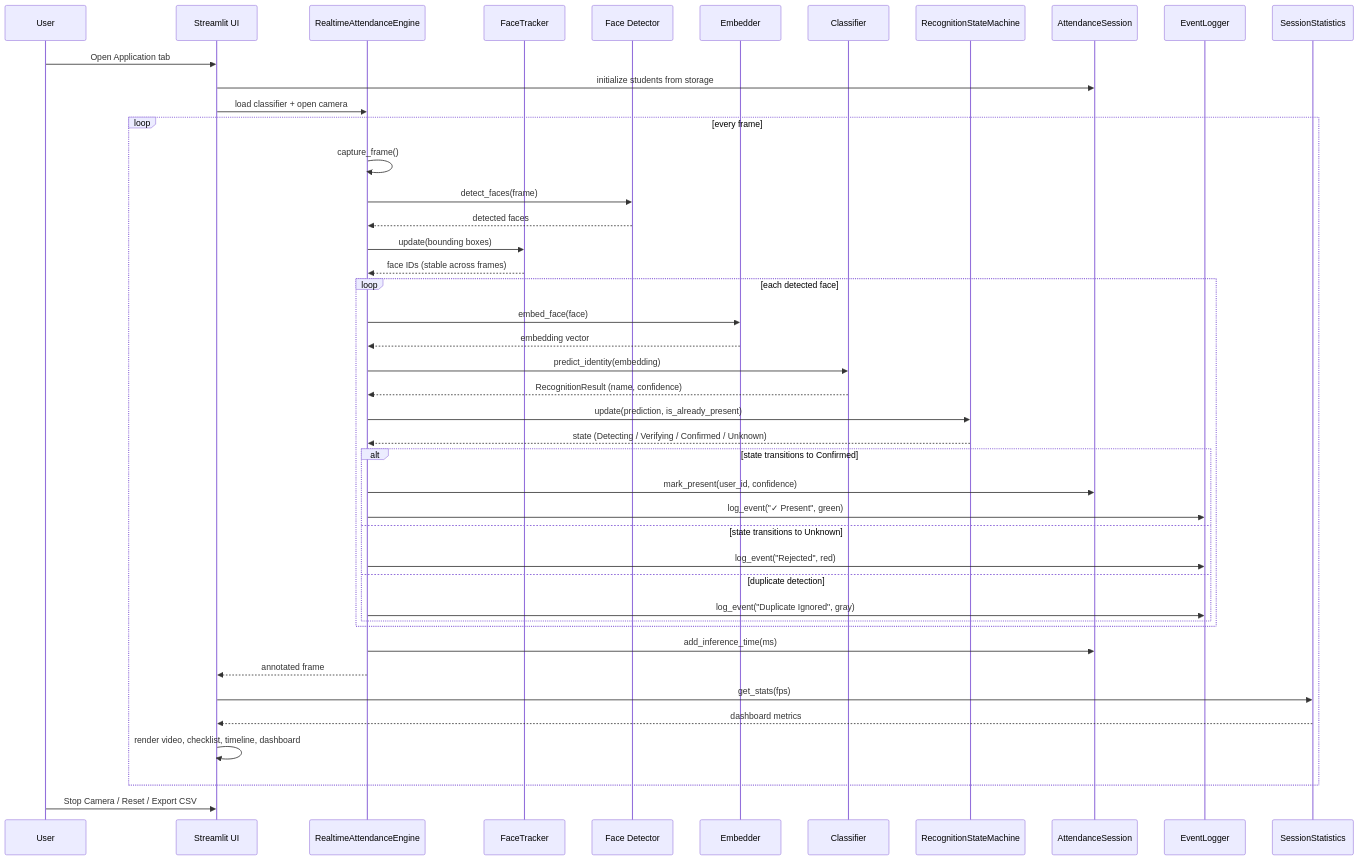
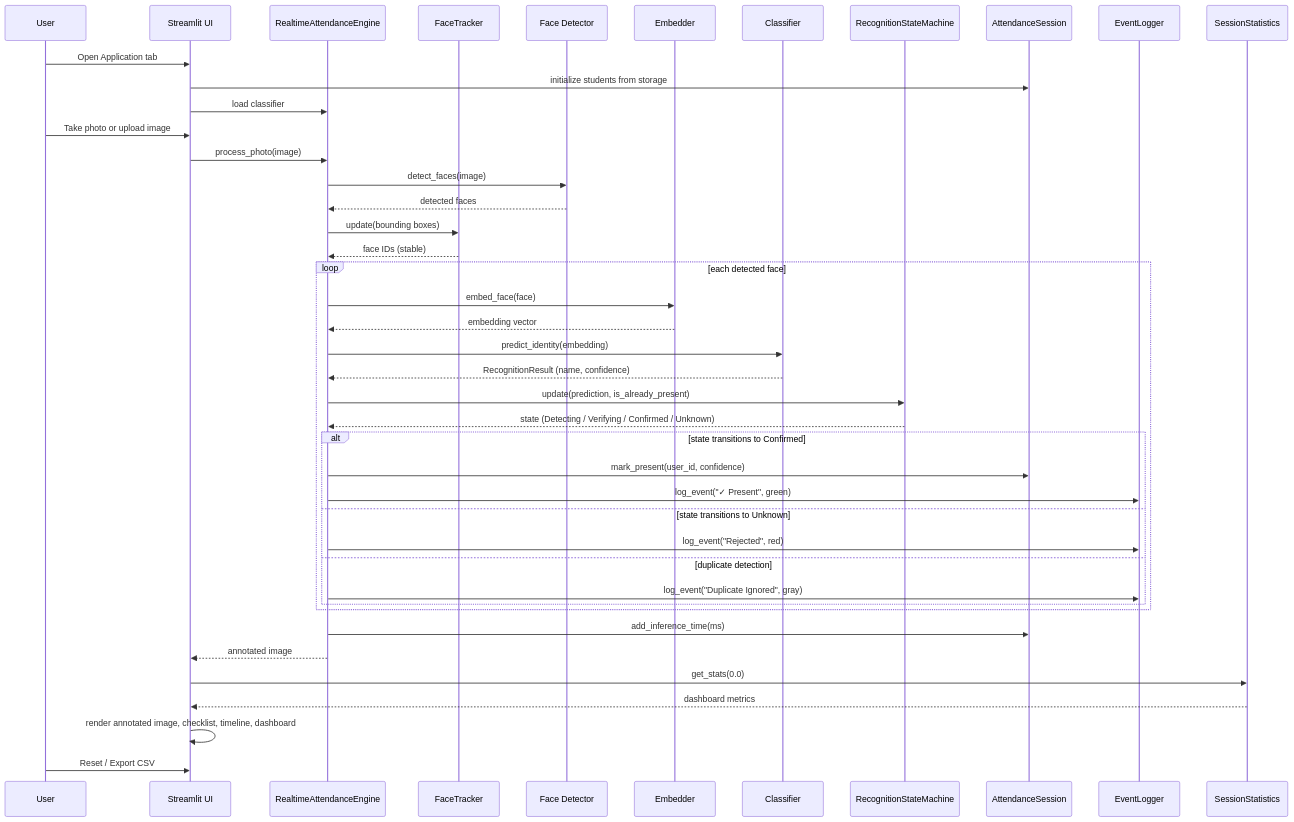
The second of 2 diagrams in README.md (Gokigenzo/demo-recognize-face), drawn with Mermaid before and after one commit. The commit also changed other lines of this file and 2 other files, not shown here.

Commit message:
rechange

````diff
--- a/README.md
+++ b/README.md
@@ -93,47 +93,46 @@
 ```mermaid
 sequenceDiagram
     participant User
     participant UI as Streamlit UI
     participant Engine as RealtimeAttendanceEngine
     participant Tracker as FaceTracker
     participant Detector as Face Detector
     participant Embedder as Embedder
     participant Classifier as Classifier
     participant SM as RecognitionStateMachine
     participant Session as AttendanceSession
     participant Logger as EventLogger
     participant Stats as SessionStatistics
 
     User->>UI: Open Application tab
     UI->>Session: initialize students from storage
-    UI->>Engine: load classifier + open camera
-    loop every frame
-        Engine->>Engine: capture_frame()
-        Engine->>Detector: detect_faces(frame)
-        Detector-->>Engine: detected faces
-        Engine->>Tracker: update(bounding boxes)
-        Tracker-->>Engine: face IDs (stable across frames)
-        loop each detected face
-            Engine->>Embedder: embed_face(face)
-            Embedder-->>Engine: embedding vector
-            Engine->>Classifier: predict_identity(embedding)
-            Classifier-->>Engine: RecognitionResult (name, confidence)
-            Engine->>SM: update(prediction, is_already_present)
-            SM-->>Engine: state (Detecting / Verifying / Confirmed / Unknown)
-            alt state transitions to Confirmed
-                Engine->>Session: mark_present(user_id, confidence)
-                Engine->>Logger: log_event("✓ Present", green)
-            else state transitions to Unknown
-                Engine->>Logger: log_event("Rejected", red)
-            else duplicate detection
-                Engine->>Logger: log_event("Duplicate Ignored", gray)
-            end
+    UI->>Engine: load classifier
+    User->>UI: Take photo or upload image
+    UI->>Engine: process_photo(image)
+    Engine->>Detector: detect_faces(image)
+    Detector-->>Engine: detected faces
+    Engine->>Tracker: update(bounding boxes)
+    Tracker-->>Engine: face IDs (stable)
+    loop each detected face
+        Engine->>Embedder: embed_face(face)
+        Embedder-->>Engine: embedding vector
+        Engine->>Classifier: predict_identity(embedding)
+        Classifier-->>Engine: RecognitionResult (name, confidence)
+        Engine->>SM: update(prediction, is_already_present)
+        SM-->>Engine: state (Detecting / Verifying / Confirmed / Unknown)
+        alt state transitions to Confirmed
+            Engine->>Session: mark_present(user_id, confidence)
+            Engine->>Logger: log_event("✓ Present", green)
+        else state transitions to Unknown
+            Engine->>Logger: log_event("Rejected", red)
+        else duplicate detection
+            Engine->>Logger: log_event("Duplicate Ignored", gray)
         end
-        Engine->>Session: add_inference_time(ms)
-        Engine-->>UI: annotated frame
-        UI->>Stats: get_stats(fps)
-        Stats-->>UI: dashboard metrics
-        UI->>UI: render video, checklist, timeline, dashboard
     end
-    User->>UI: Stop Camera / Reset / Export CSV
+    Engine->>Session: add_inference_time(ms)
+    Engine-->>UI: annotated image
+    UI->>Stats: get_stats(0.0)
+    Stats-->>UI: dashboard metrics
+    UI->>UI: render annotated image, checklist, timeline, dashboard
+    User->>UI: Reset / Export CSV
 ```
````
